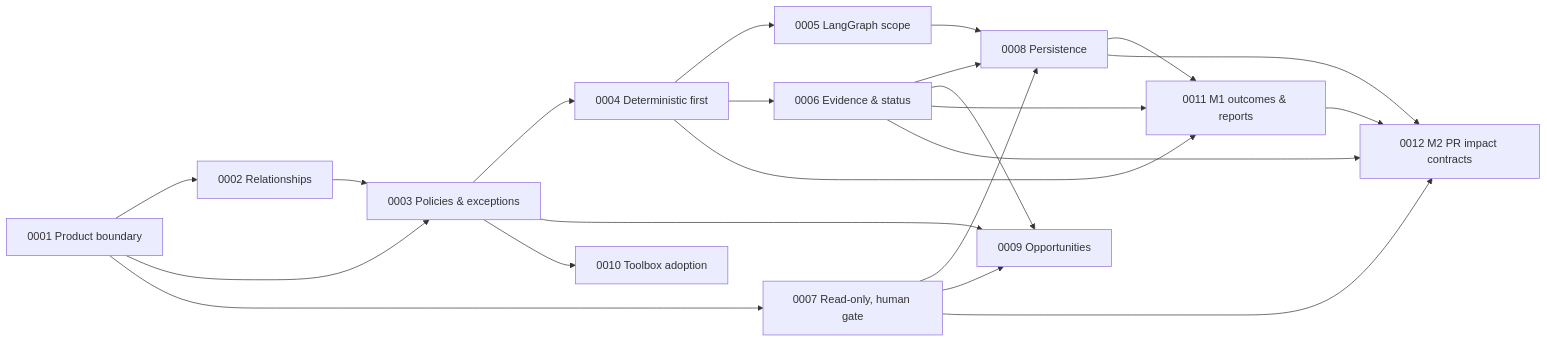
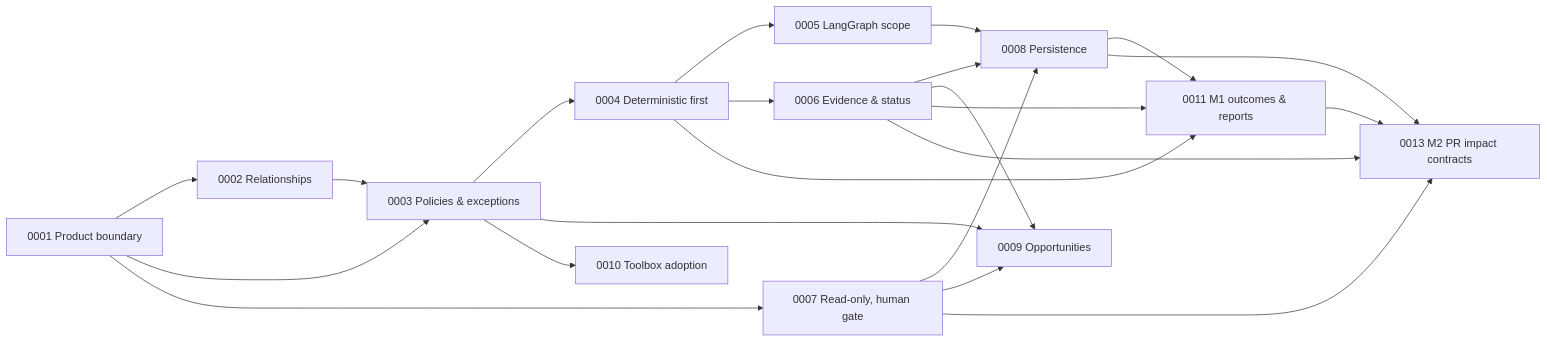
One commit to koydas/repo-orchestrator changed the diagram in docs/adr/README.md. Above: the diagram before and after it, drawn with Mermaid. The commit also changed other lines of this file and 15 other files, not shown here.

````diff
--- a/docs/adr/README.md
+++ b/docs/adr/README.md
@@ -26,24 +26,24 @@
 ```mermaid
 flowchart LR
     A1["0001 Product boundary"] --> A2["0002 Relationships"]
     A1 --> A3["0003 Policies & exceptions"]
     A2 --> A3
     A3 --> A4["0004 Deterministic first"]
     A4 --> A5["0005 LangGraph scope"]
     A4 --> A6["0006 Evidence & status"]
     A1 --> A7["0007 Read-only, human gate"]
     A5 --> A8["0008 Persistence"]
     A6 --> A8
     A7 --> A8
     A3 --> A9["0009 Opportunities"]
     A6 --> A9
     A7 --> A9
     A3 --> A10["0010 Toolbox adoption"]
     A4 --> A11["0011 M1 outcomes & reports"]
     A6 --> A11
     A8 --> A11
-    A7 --> A12["0012 M2 PR impact contracts"]
-    A11 --> A12
-    A6 --> A12
-    A8 --> A12
+    A7 --> A13["0013 M2 PR impact contracts"]
+    A11 --> A13
+    A6 --> A13
+    A8 --> A13
 ```
````
